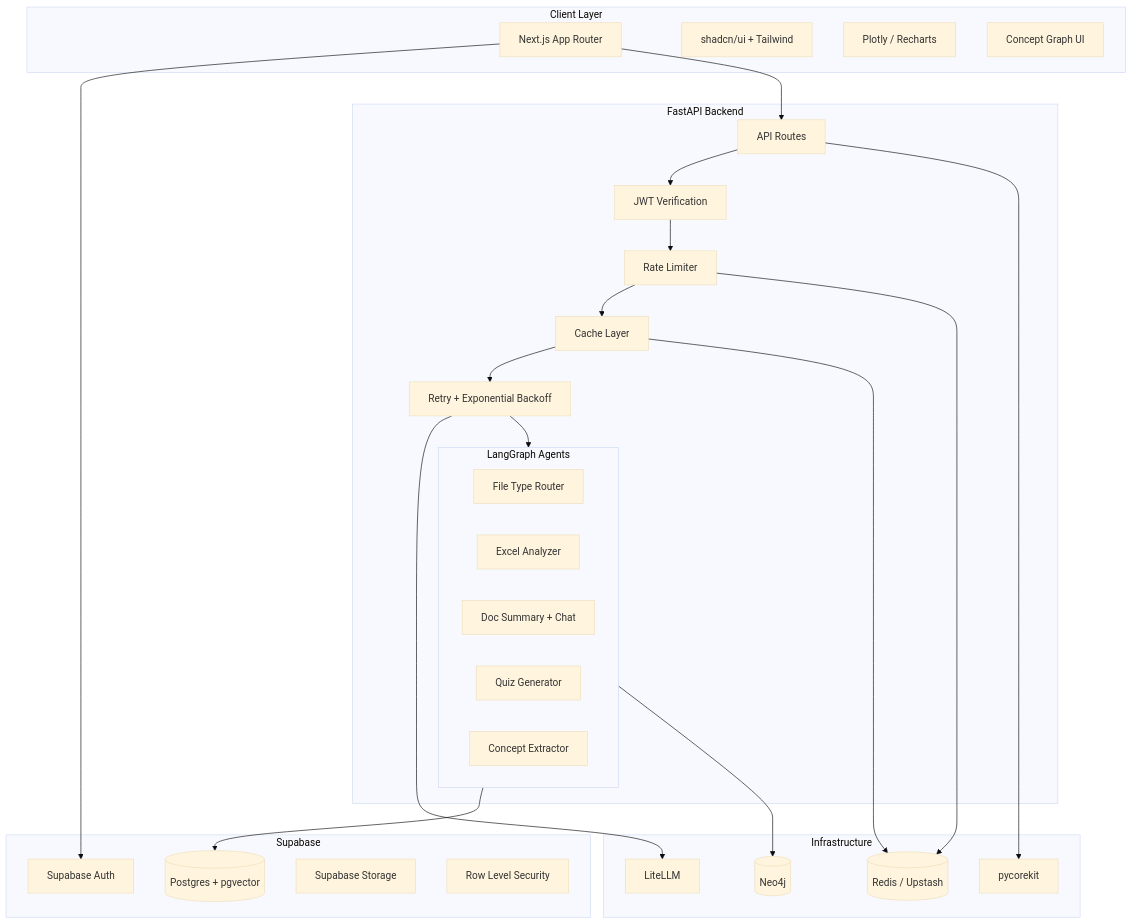
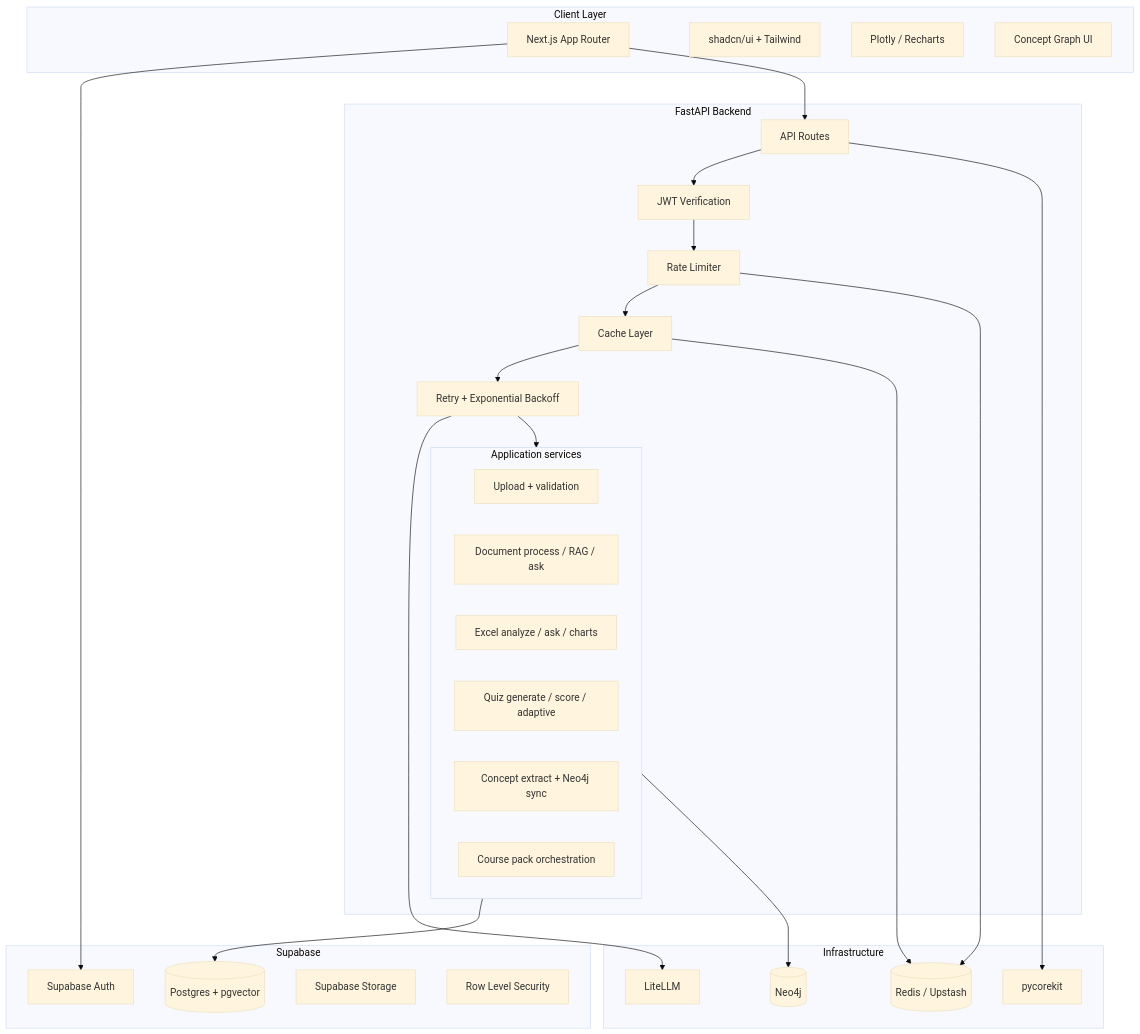
Before and after one commit to ankit-devwork/the-learning-curve-labs: the second of 8 diagrams in insight-lab/docs/ARCHITECTURE.md, drawn with Mermaid (base theme). The commit also changed other lines of this file and 5 other files, not shown here.

````diff
--- a/insight-lab/docs/ARCHITECTURE.md
+++ b/insight-lab/docs/ARCHITECTURE.md
@@ -38,49 +38,50 @@
 ```mermaid
 flowchart TB
   subgraph client [Client Layer]
     NextJS[Next.js App Router]
     UI[shadcn/ui + Tailwind]
     Charts[Plotly / Recharts]
     GraphViz[Concept Graph UI]
   end
 
   subgraph supabase [Supabase]
     Auth[Supabase Auth]
     PG[(Postgres + pgvector)]
     Storage[Supabase Storage]
     RLS[Row Level Security]
   end
 
   subgraph backend [FastAPI Backend]
     Gateway[API Routes]
     AuthMW[JWT Verification]
     RL[Rate Limiter]
     CacheLayer[Cache Layer]
     RetryLayer[Retry + Exponential Backoff]
 
-    subgraph agents [LangGraph Agents]
-      FileRouter[File Type Router]
-      ExcelAgent[Excel Analyzer]
-      DocAgent[Doc Summary + Chat]
-      QuizAgent[Quiz Generator]
-      GraphSync[Concept Extractor]
+    subgraph services [Application services]
+      UploadSvc[Upload + validation]
+      DocSvc[Document process / RAG / ask]
+      ExcelSvc[Excel analyze / ask / charts]
+      QuizSvc[Quiz generate / score / adaptive]
+      GraphSvc[Concept extract + Neo4j sync]
+      PackSvc[Course pack orchestration]
     end
   end
 
   subgraph infra [Infrastructure]
     Redis[(Redis / Upstash)]
     Neo4j[(Neo4j)]
     LiteLLM[LiteLLM]
     PyCore[pycorekit]
   end
 
   NextJS --> Auth
   NextJS --> Gateway
-  Gateway --> AuthMW --> RL --> CacheLayer --> RetryLayer --> agents
+  Gateway --> AuthMW --> RL --> CacheLayer --> RetryLayer --> services
   CacheLayer --> Redis
   RL --> Redis
   RetryLayer --> LiteLLM
-  agents --> PG
-  agents --> Neo4j
+  services --> PG
+  services --> Neo4j
   Gateway --> PyCore
 ```
````
